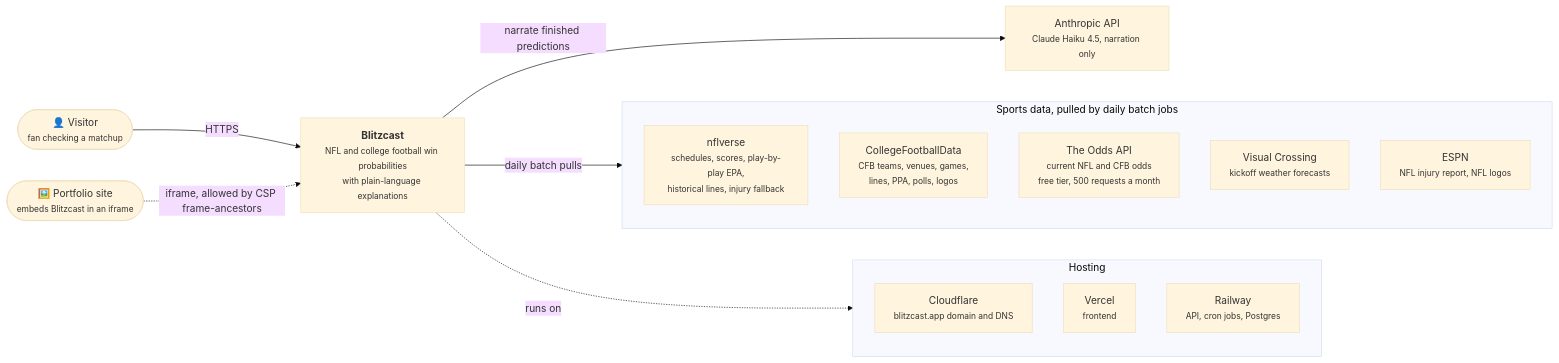
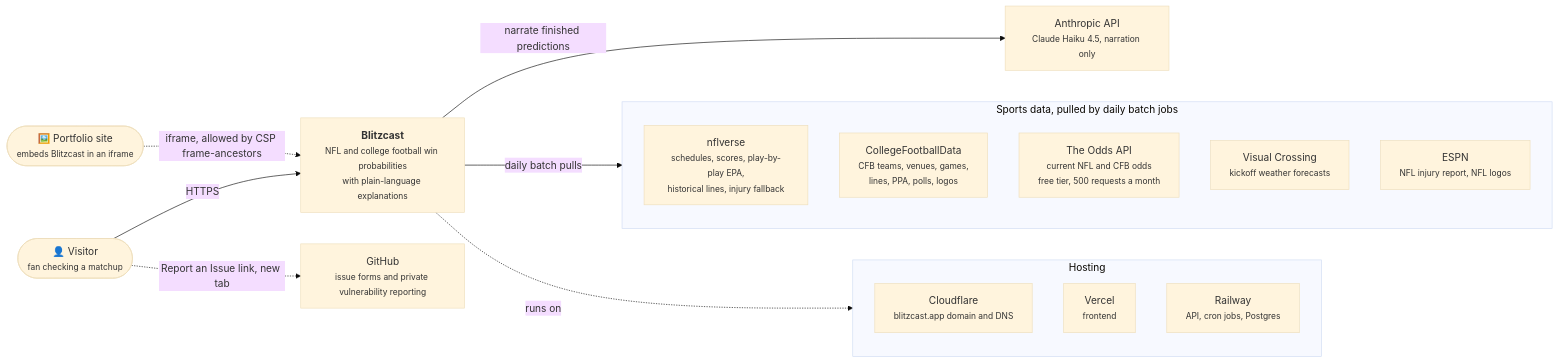
The diagram in diagrams/c4-context.md (carterptull/blitzcast), drawn with Mermaid (base theme) before and after one commit. The commit also changed other lines of this file and 19 other files, not shown here.

Commit message:
chore(release): 1.2.0 changelog, decision, README tree, diagram stamps, unreserve P4 version

````diff
--- a/diagrams/c4-context.md
+++ b/diagrams/c4-context.md
@@ -5,29 +5,31 @@
 ```mermaid
 flowchart LR
     visitor(["👤 Visitor<br/><small>fan checking a matchup</small>"])
     portfolio(["🖼️ Portfolio site<br/><small>embeds Blitzcast in an iframe</small>"])
 
     blitz["<b>Blitzcast</b><br/><small>NFL and college football win probabilities<br/>with plain-language explanations</small>"]
 
     subgraph data["Sports data, pulled by daily batch jobs"]
         nflverse["nflverse<br/><small>schedules, scores, play-by-play EPA,<br/>historical lines, injury fallback</small>"]
         cfbd["CollegeFootballData<br/><small>CFB teams, venues, games,<br/>lines, PPA, polls, logos</small>"]
         odds["The Odds API<br/><small>current NFL and CFB odds<br/>free tier, 500 requests a month</small>"]
         vc["Visual Crossing<br/><small>kickoff weather forecasts</small>"]
         espn["ESPN<br/><small>NFL injury report, NFL logos</small>"]
     end
 
     anthropic["Anthropic API<br/><small>Claude Haiku 4.5, narration only</small>"]
+    github["GitHub<br/><small>issue forms and private vulnerability reporting</small>"]
 
     subgraph hosting["Hosting"]
         cloudflare["Cloudflare<br/><small>blitzcast.app domain and DNS</small>"]
         vercel["Vercel<br/><small>frontend</small>"]
         railway["Railway<br/><small>API, cron jobs, Postgres</small>"]
     end
 
     visitor -->|HTTPS| blitz
+    visitor -.->|"Report an Issue link, new tab"| github
     portfolio -.->|"iframe, allowed by CSP frame-ancestors"| blitz
     blitz -->|"daily batch pulls"| data
     blitz -->|"narrate finished predictions"| anthropic
     blitz -.->|"runs on"| hosting
 ```
````
